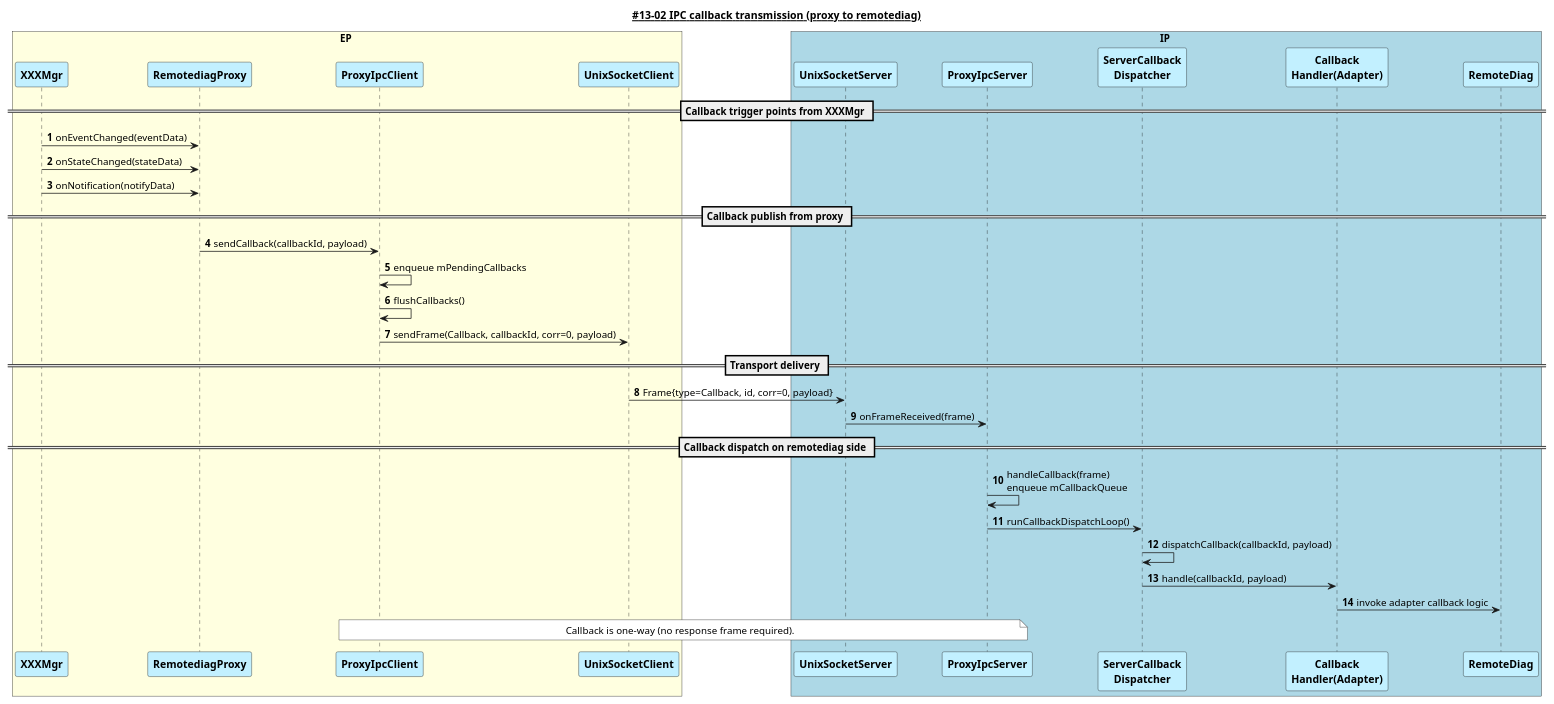
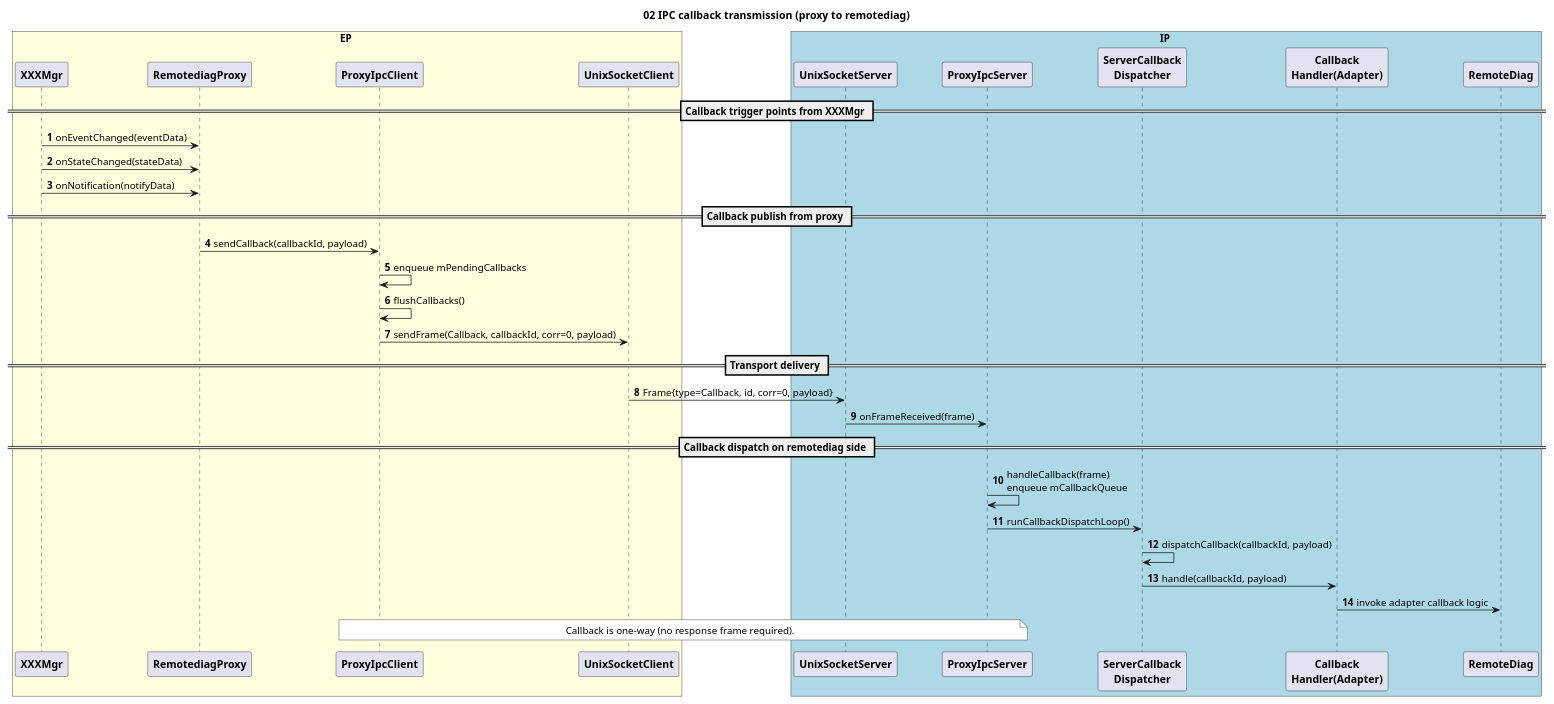
Before and after one commit to btqt/fe: the seventh of 8 diagrams in design/FE_phi.vu_Design of Secure Remote Diag on Container Separation Architecture_3rd.md, drawn with PlantUML. The commit also changed other lines of this file and 3 other files, not shown here.

````diff
--- a/design/FE_phi.vu_Design of Secure Remote Diag on Container Separation Architecture_3rd.md
+++ b/design/FE_phi.vu_Design of Secure Remote Diag on Container Separation Architecture_3rd.md
@@ -384,49 +470,50 @@
 ```plantuml
-@startuml
-title __#13-02 IPC callback transmission (proxy to remotediag)__
+@startuml ipc_callback_transmission
+title 02 IPC callback transmission (proxy to remotediag)
 !pragma teoz true
 
 autonumber
 
-box EP #lightYellow
-    participant "<b>XXXMgr" as XXX #Application
-    participant "<b>RemotediagProxy" as PROXY #Application
-    participant "<b>ProxyIpcClient" as CLI #Application
-    participant "<b>UnixSocketClient" as USC #Application
+box EP #LightYellow
+    participant "<b>XXXMgr" as XXX
+    participant "<b>RemotediagProxy" as PROXY
+    participant "<b>ProxyIpcClient" as CLI
+    participant "<b>UnixSocketClient" as USC
 endbox
 
-box IP #lightBlue
-    participant "<b>UnixSocketServer" as USS #Application
-    participant "<b>ProxyIpcServer" as SRV #Application
-    participant "<b>ServerCallback\n<b>Dispatcher" as SRV_DISP #Application
-    participant "<b>Callback\n<b>Handler(Adapter)" as SRV_CB_HDL #Application
-    participant "<b>RemoteDiag" as RDG #Application
+box IP #LightBlue
+    participant "<b>UnixSocketServer" as USS
+    participant "<b>ProxyIpcServer" as SRV
+    participant "<b>ServerCallback\n<b>Dispatcher" as SRV_DISP
+    participant "<b>Callback\n<b>Handler(Adapter)" as SRV_CB_HDL
+    participant "<b>RemoteDiag" as RDG
 endbox
 
 == Callback trigger points from XXXMgr ==
 XXX->PROXY: onEventChanged(eventData)
 XXX->PROXY: onStateChanged(stateData)
 XXX->PROXY: onNotification(notifyData)
 
 == Callback publish from proxy ==
 PROXY->CLI: sendCallback(callbackId, payload)
 CLI->CLI: enqueue mPendingCallbacks
 CLI->CLI: flushCallbacks()
 CLI->USC: sendFrame(Callback, callbackId, corr=0, payload)
 
 == Transport delivery ==
 USC->USS: Frame{type=Callback, id, corr=0, payload}
 USS->SRV: onFrameReceived(frame)
 
 == Callback dispatch on remotediag side ==
 SRV->SRV: handleCallback(frame)\nenqueue mCallbackQueue
 SRV->SRV_DISP: runCallbackDispatchLoop()
 SRV_DISP->SRV_DISP: dispatchCallback(callbackId, payload)
 SRV_DISP->SRV_CB_HDL: handle(callbackId, payload)
 SRV_CB_HDL->RDG: invoke adapter callback logic
 
 note over CLI,SRV #White
 Callback is one-way (no response frame required).
 end note
+
 @enduml
 ```
````
